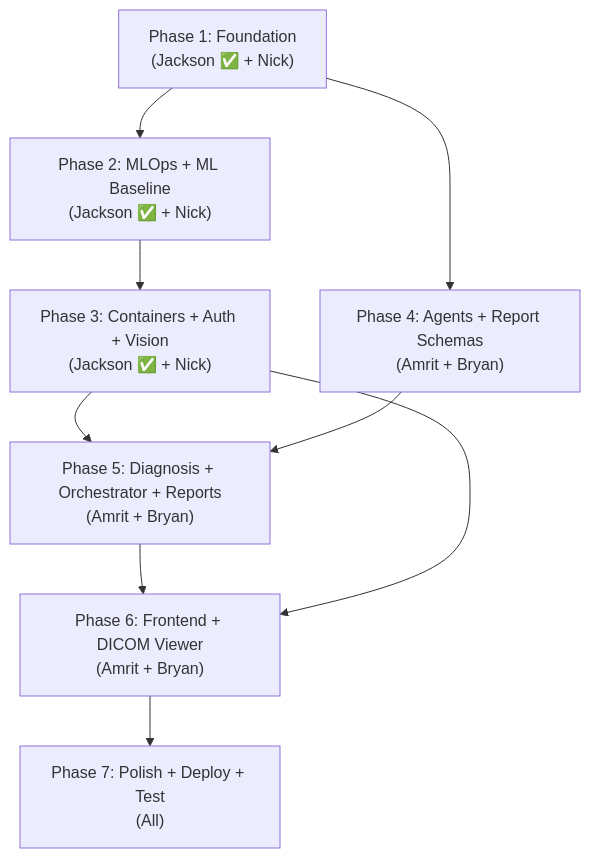
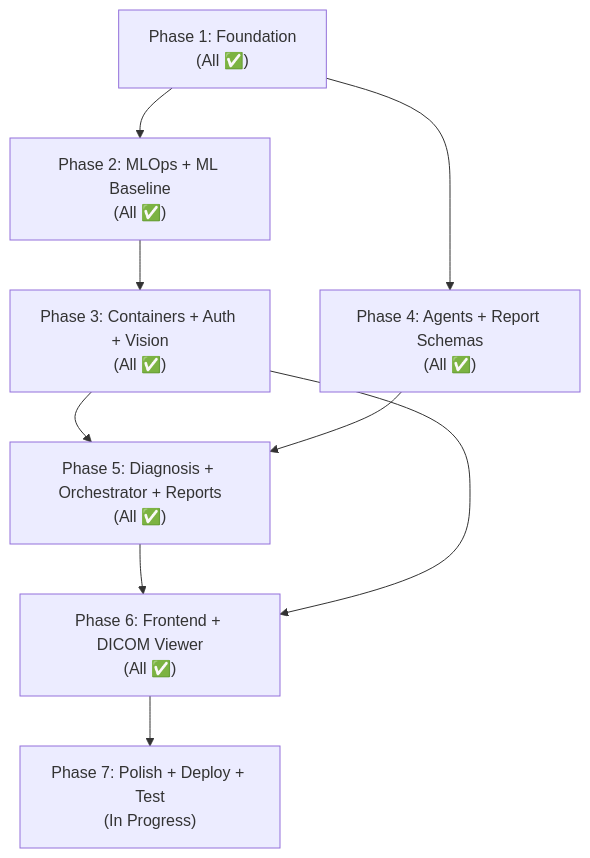
The diagram in project_process_breakdown.md (JacksonBopp/radiology-second-opinion-agent), drawn with Mermaid before and after one commit. The commit also changed other lines of this file, not shown here.

Commit message:
Update project status: Phases 1-6 complete, Phase 7 remaining

````diff
--- a/project_process_breakdown.md
+++ b/project_process_breakdown.md
@@ -173,11 +189,11 @@
 ```mermaid
 graph TD
-    A["Phase 1: Foundation<br/>(Jackson ✅ + Nick)"] --> B["Phase 2: MLOps + ML Baseline<br/>(Jackson ✅ + Nick)"]
-    B --> C["Phase 3: Containers + Auth + Vision<br/>(Jackson ✅ + Nick)"]
-    A --> D["Phase 4: Agents + Report Schemas<br/>(Amrit + Bryan)"]
-    C --> E["Phase 5: Diagnosis + Orchestrator + Reports<br/>(Amrit + Bryan)"]
+    A["Phase 1: Foundation<br/>(All ✅)"] --> B["Phase 2: MLOps + ML Baseline<br/>(All ✅)"]
+    B --> C["Phase 3: Containers + Auth + Vision<br/>(All ✅)"]
+    A --> D["Phase 4: Agents + Report Schemas<br/>(All ✅)"]
+    C --> E["Phase 5: Diagnosis + Orchestrator + Reports<br/>(All ✅)"]
     D --> E
-    E --> F["Phase 6: Frontend + DICOM Viewer<br/>(Amrit + Bryan)"]
+    E --> F["Phase 6: Frontend + DICOM Viewer<br/>(All ✅)"]
     C --> F
-    F --> G["Phase 7: Polish + Deploy + Test<br/>(All)"]
+    F --> G["Phase 7: Polish + Deploy + Test<br/>(In Progress)"]
 ```
````
